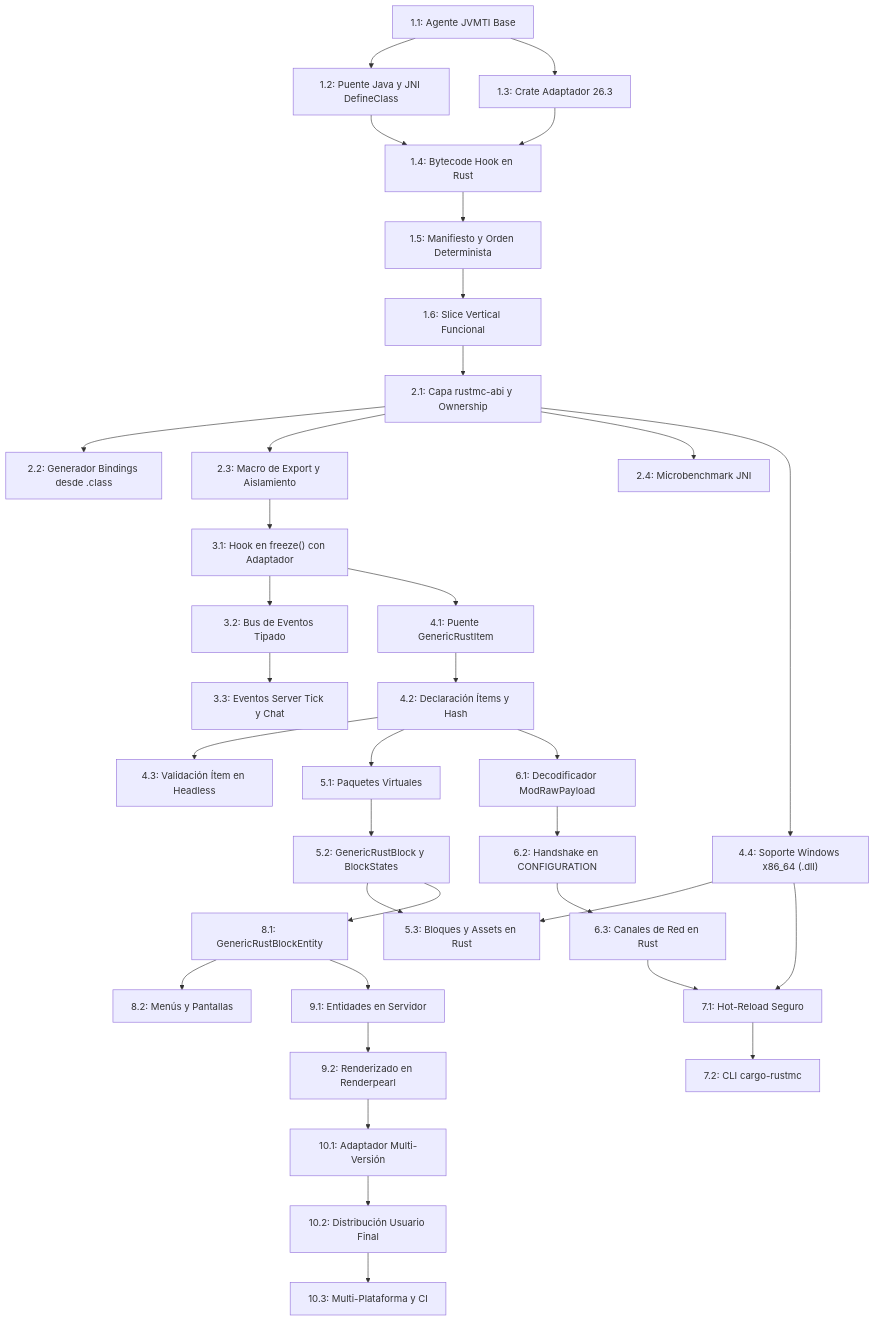
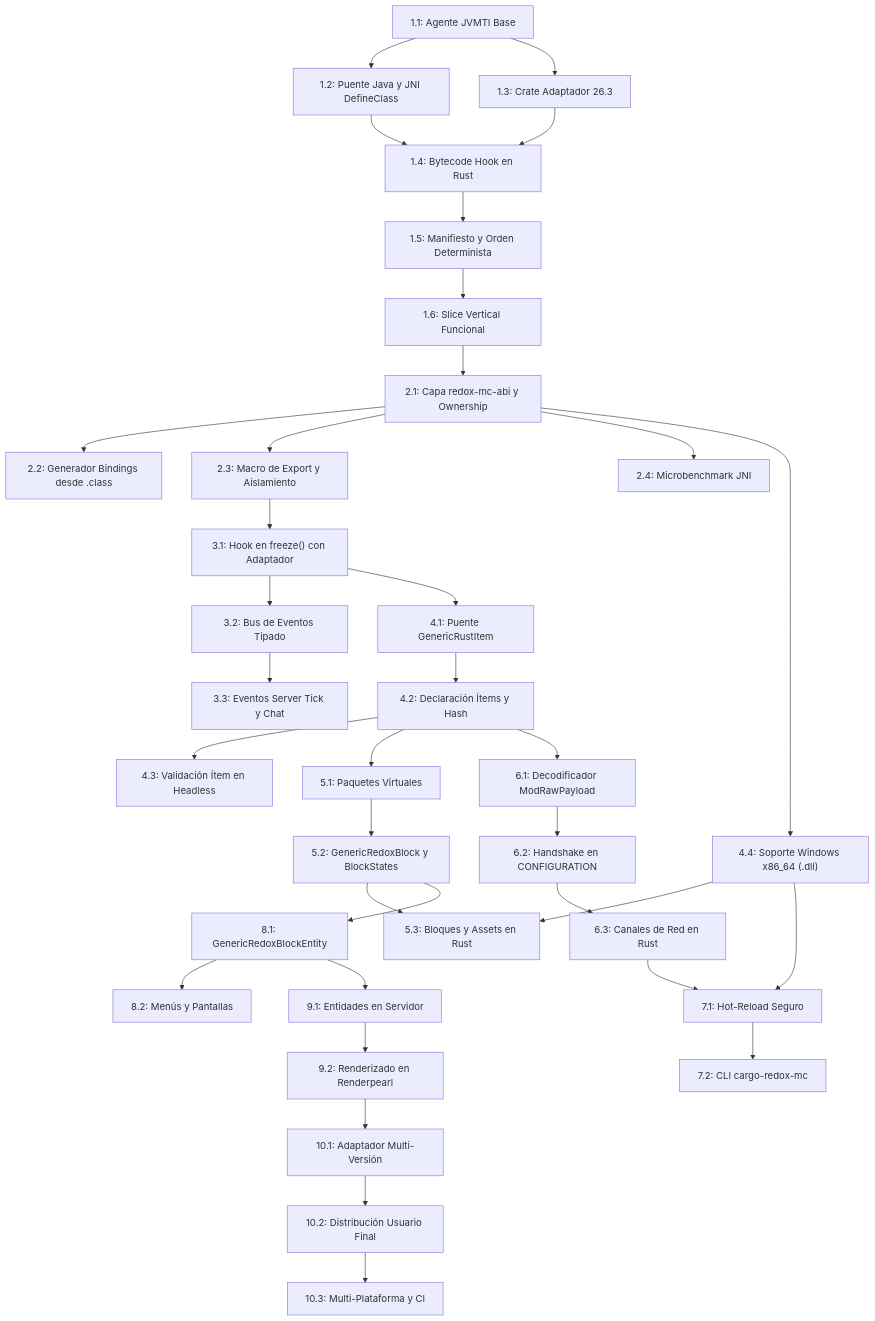
Before and after one commit to enderliker/redox-mc: the diagram in tasks/plan.md, drawn with Mermaid. The commit also changed other lines of this file and 50 other files, not shown here.

````diff
--- a/tasks/plan.md
+++ b/tasks/plan.md
@@ -117,46 +118,46 @@
 ```mermaid
 flowchart TD
     T1_1["1.1: Agente JVMTI Base"] --> T1_2["1.2: Puente Java y JNI DefineClass"]
     T1_1 --> T1_3["1.3: Crate Adaptador 26.3"]
     T1_2 --> T1_4["1.4: Bytecode Hook en Rust"]
     T1_3 --> T1_4
     T1_4 --> T1_5["1.5: Manifiesto y Orden Determinista"]
     T1_5 --> T1_6["1.6: Slice Vertical Funcional"]
 
-    T1_6 --> T2_1["2.1: Capa rustmc-abi y Ownership"]
+    T1_6 --> T2_1["2.1: Capa redox-mc-abi y Ownership"]
     T2_1 --> T2_2["2.2: Generador Bindings desde .class"]
     T2_1 --> T2_3["2.3: Macro de Export y Aislamiento"]
     T2_1 --> T2_4["2.4: Microbenchmark JNI"]
 
     T2_3 --> T3_1["3.1: Hook en freeze() con Adaptador"]
     T3_1 --> T3_2["3.2: Bus de Eventos Tipado"]
     T3_2 --> T3_3["3.3: Eventos Server Tick y Chat"]
 
     T3_1 --> T4_1["4.1: Puente GenericRustItem"]
     T4_1 --> T4_2["4.2: Declaración Ítems y Hash"]
     T4_2 --> T4_3["4.3: Validación Ítem en Headless"]
     T2_1 --> T4_4["4.4: Soporte Windows x86_64 (.dll)"]
 
     T4_2 --> T5_1["5.1: Paquetes Virtuales"]
-    T5_1 --> T5_2["5.2: GenericRustBlock y BlockStates"]
+    T5_1 --> T5_2["5.2: GenericRedoxBlock y BlockStates"]
     T5_2 --> T5_3["5.3: Bloques y Assets en Rust"]
     T4_4 --> T5_3
 
     T4_2 --> T6_1["6.1: Decodificador ModRawPayload"]
     T6_1 --> T6_2["6.2: Handshake en CONFIGURATION"]
     T6_2 --> T6_3["6.3: Canales de Red en Rust"]
 
     T6_3 --> T7_1["7.1: Hot-Reload Seguro"]
     T4_4 --> T7_1
-    T7_1 --> T7_2["7.2: CLI cargo-rustmc"]
+    T7_1 --> T7_2["7.2: CLI cargo-redox-mc"]
 
-    T5_2 --> T8_1["8.1: GenericRustBlockEntity"]
+    T5_2 --> T8_1["8.1: GenericRedoxBlockEntity"]
     T8_1 --> T8_2["8.2: Menús y Pantallas"]
 
     T8_1 --> T9_1["9.1: Entidades en Servidor"]
     T9_1 --> T9_2["9.2: Renderizado en Renderpearl"]
 
     T9_2 --> T10_1["10.1: Adaptador Multi-Versión"]
     T10_1 --> T10_2["10.2: Distribución Usuario Final"]
     T10_2 --> T10_3["10.3: Multi-Plataforma y CI"]
 ```
````
